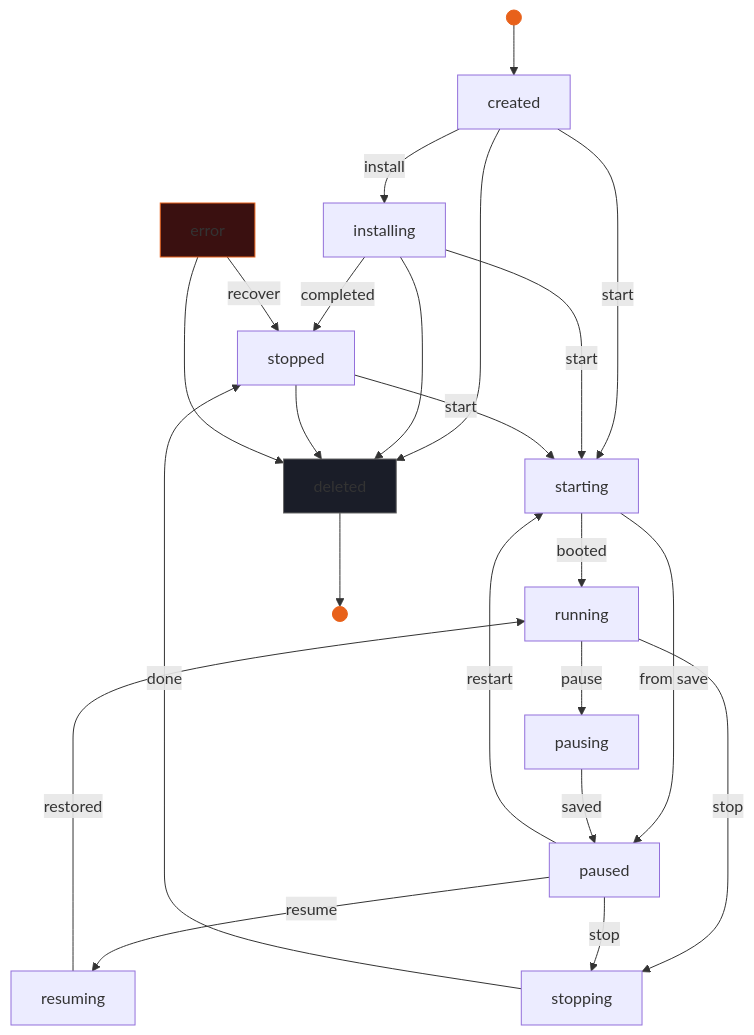
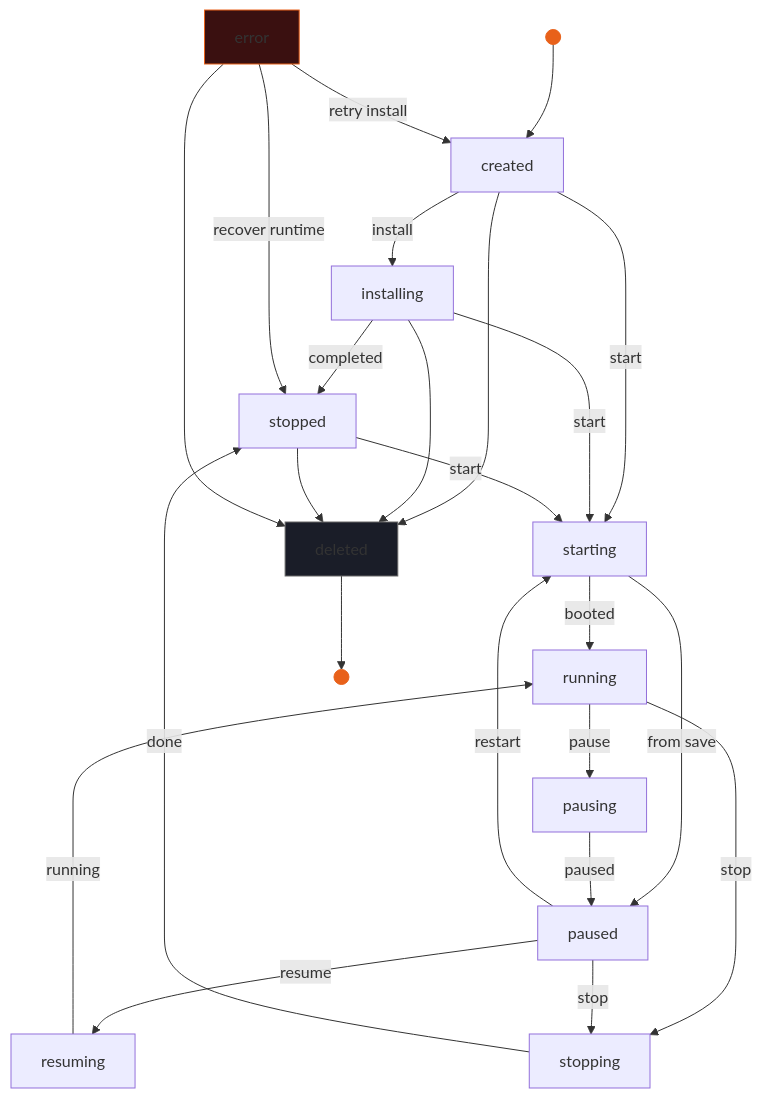
Before and after one commit to jeballto/jeballto: the diagram in JeballtoAgent/JeballtoAgent.docc/Diagrams/state-machine.mmd, drawn with Mermaid. The commit also changed 26 other files, not shown here.

```diff
--- a/JeballtoAgent/JeballtoAgent.docc/Diagrams/state-machine.mmd
+++ b/JeballtoAgent/JeballtoAgent.docc/Diagrams/state-machine.mmd
@@ -1,39 +1,40 @@
 flowchart TD
     Start(( )) --> created
 
     created -->|install| installing
     created -->|start| starting
     created --> deleted
 
     installing -->|completed| stopped
     installing -->|start| starting
     installing --> deleted
 
     stopped -->|start| starting
     stopped --> deleted
 
     starting -->|booted| running
     starting -->|from save| paused
 
     running -->|stop| stopping
     running -->|pause| pausing
 
     stopping -->|done| stopped
 
-    pausing -->|saved| paused
+    pausing -->|paused| paused
 
     paused -->|resume| resuming
     paused -->|restart| starting
     paused -->|stop| stopping
 
-    resuming -->|restored| running
+    resuming -->|running| running
 
-    error -->|recover| stopped
+    error -->|retry install| created
+    error -->|recover runtime| stopped
     error --> deleted
 
     deleted --> End(( ))
 
     style Start fill:#e8611a,stroke:#e8611a
     style End fill:#e8611a,stroke:#e8611a
     style error fill:#3a1010,stroke:#e8611a
     style deleted fill:#1a1d28,stroke:#666
```
